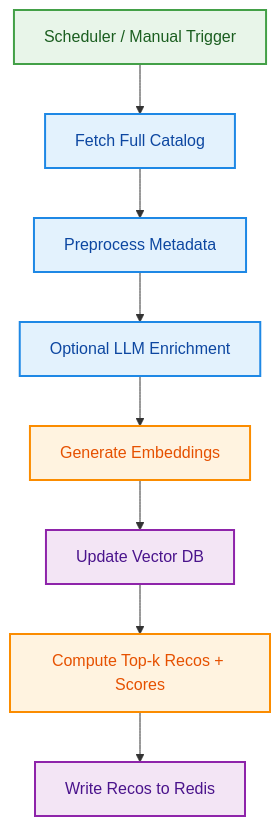
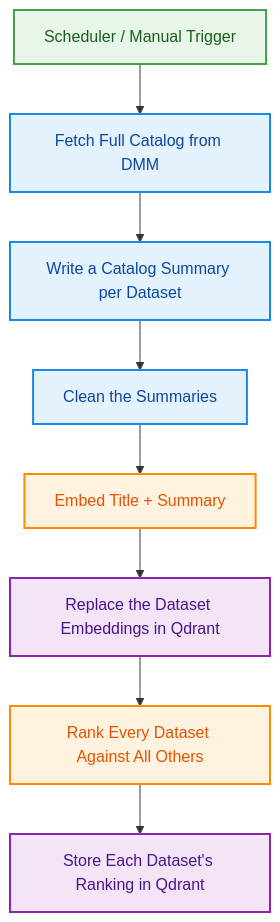
The first of 3 diagrams in docs/source/workflows.md (datagems-eosc/dataset-recsys), drawn with Mermaid before and after one commit. The commit also changed other lines of this file and 5 other files, not shown here.

First line of the commit message:
docs: describe the architecture, methods and workflows after the Qdrant migration

````diff
--- a/docs/source/workflows.md
+++ b/docs/source/workflows.md
@@ -8,21 +12,21 @@
 ```mermaid
 %%{init: {'flowchart': {'nodeSpacing': 22, 'rankSpacing': 22, 'curve': 'linear'}, 'themeVariables': {'fontSize': '12px', 'lineColor': '#9E9E9E', 'edgeLabelBackground':'#ffffff', 'primaryBorderColor':'#BDBDBD', 'clusterBorder':'#E0E0E0', 'lineWidth':'0\.9px'}}}%%
 flowchart TB
-    A[Scheduler / Manual Trigger] --> B[Fetch Full Catalog]
-    B --> C[Preprocess Metadata]
-    C --> X[Optional LLM Enrichment]
-    X --> D[Generate Embeddings]
-    D --> F[Update Vector DB]
-    F --> G[Compute Top-k Recos + Scores]
-    G --> H[Write Recos to Redis]
+    A["Scheduler / Manual Trigger"] --> B[Fetch Full Catalog from DMM]
+    B --> C[Write a Catalog Summary per Dataset]
+    C --> D[Clean the Summaries]
+    D --> E["Embed Title + Summary"]
+    E --> F[Replace the Dataset Embeddings in Qdrant]
+    F --> G[Rank Every Dataset Against All Others]
+    G --> H["Store Each Dataset's Ranking in Qdrant"]
 
     classDef trigger fill:#E8F5E9,stroke:#43A047,stroke-width:2px,color:#1B5E20;
     classDef prep fill:#E3F2FD,stroke:#1E88E5,stroke-width:2px,color:#0D47A1;
     classDef compute fill:#FFF3E0,stroke:#FB8C00,stroke-width:2px,color:#E65100;
     classDef storage fill:#F3E5F5,stroke:#8E24AA,stroke-width:2px,color:#4A148C;
 
     class A trigger;
-    class B,C,X prep;
-    class D,G compute;
+    class B,C,D prep;
+    class E,G compute;
     class F,H storage;
 ```
````
